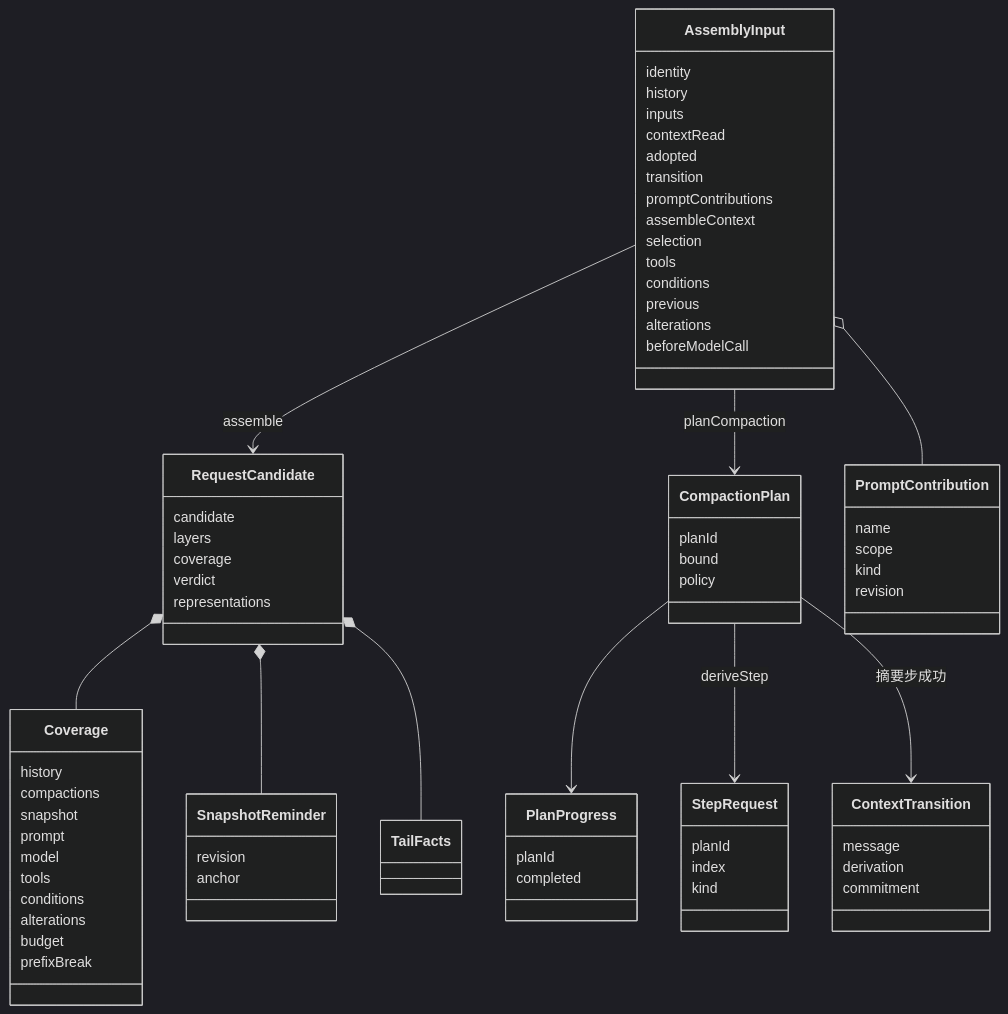
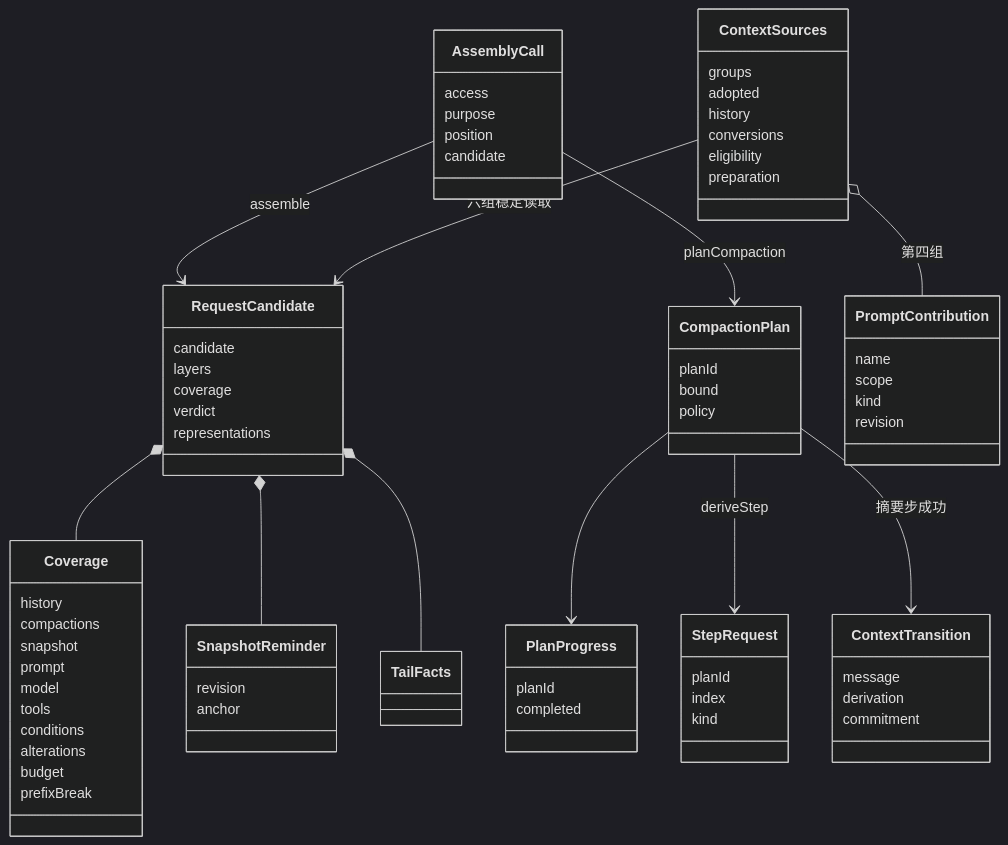
The first of 2 diagrams in packages/context/request-context-contract/docs/object-model.md (nemori-ai/omne-harness-lite), drawn with Mermaid (dark theme) before and after one commit. The commit also changed other lines of this file and 28 other files, not shown here.

First line of the commit message:
fix(request-context): #676 评审修复轮——租约按代际记录、外部租户不暴露登记、采用事实边界解码

````diff
--- a/packages/context/request-context-contract/docs/object-model.md
+++ b/packages/context/request-context-contract/docs/object-model.md
@@ -65,77 +65,76 @@
 ```mermaid
 classDiagram
-  class AssemblyInput {
-    identity
+  class AssemblyCall {
+    access
+    purpose
+    position
+    candidate
+  }
+  class ContextSources {
+    groups
+    adopted
     history
-    inputs
-    contextRead
-    adopted
-    transition
-    promptContributions
-    assembleContext
-    selection
-    tools
-    conditions
-    previous
-    alterations
-    beforeModelCall
+    conversions
+    eligibility
+    preparation
   }
   class RequestCandidate {
     candidate
     layers
     coverage
     verdict
     representations
   }
   class Coverage {
     history
     compactions
     snapshot
     prompt
     model
     tools
     conditions
     alterations
     budget
     prefixBreak
   }
   class CompactionPlan {
     planId
     bound
     policy
   }
   class PlanProgress {
     planId
     completed
   }
   class StepRequest {
     planId
     index
     kind
   }
   class ContextTransition {
     message
     derivation
     commitment
   }
   class SnapshotReminder {
     revision
     anchor
   }
   class TailFacts
   class PromptContribution {
     name
     scope
     kind
     revision
   }
-  AssemblyInput --> RequestCandidate : assemble
+  AssemblyCall --> RequestCandidate : assemble
+  ContextSources --> RequestCandidate : 六组稳定读取
   RequestCandidate *-- Coverage
   RequestCandidate *-- SnapshotReminder
   RequestCandidate *-- TailFacts
-  AssemblyInput --> CompactionPlan : planCompaction
+  AssemblyCall --> CompactionPlan : planCompaction
   CompactionPlan --> PlanProgress
   CompactionPlan --> StepRequest : deriveStep
   CompactionPlan --> ContextTransition : 摘要步成功
-  AssemblyInput o-- PromptContribution
+  ContextSources o-- PromptContribution : 第四组
 ```
````
